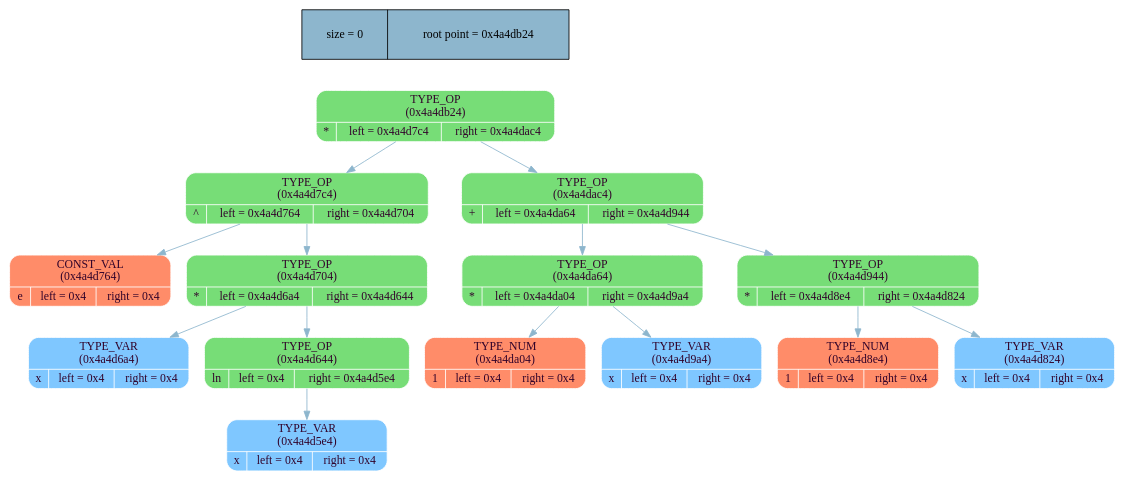
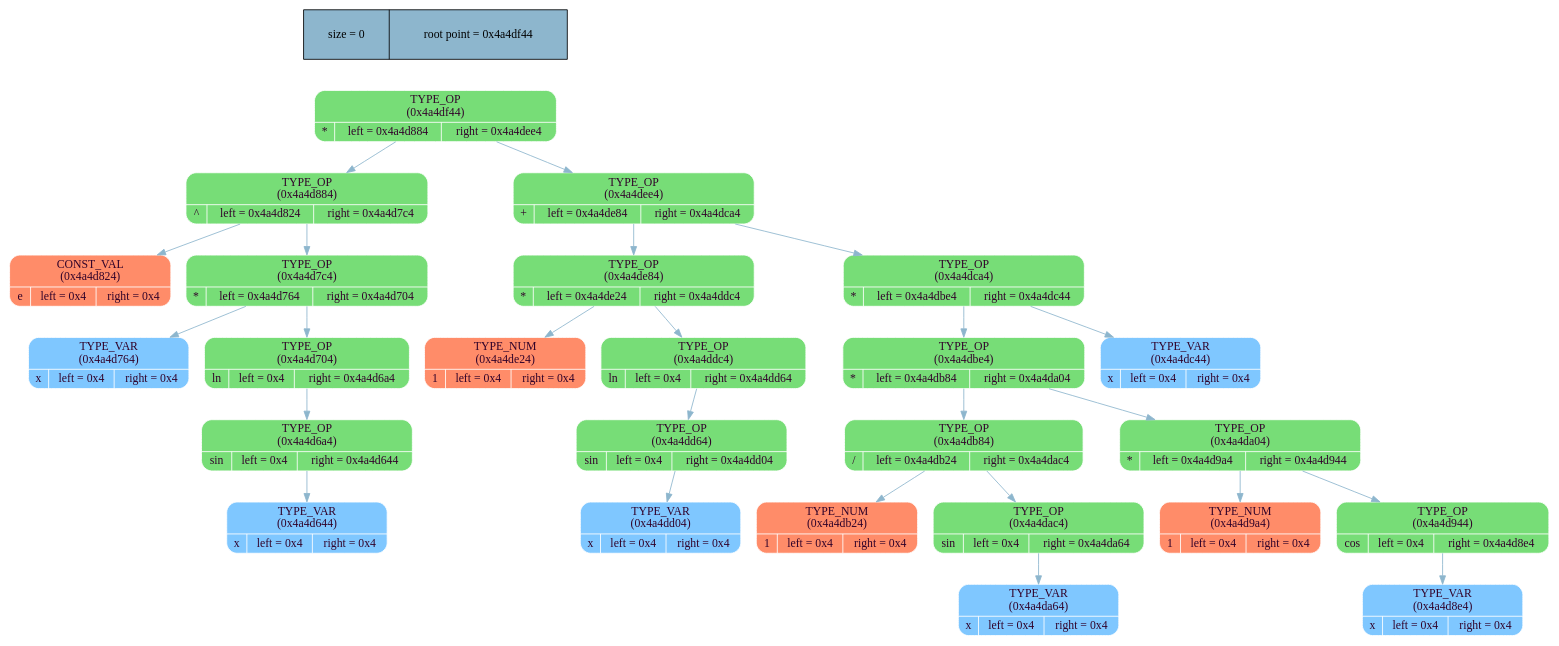
The diagram in dump_info/tree_dump.dot (MaxGroshev/differentiator), drawn with Graphviz before and after one commit. The commit also changed 8 other files, not shown here.

```diff
--- a/dump_info/tree_dump.dot
+++ b/dump_info/tree_dump.dot
@@ -1,36 +1,58 @@
 digraph   
 {
 rankdir = ""
 splines = "true"
 
-node_stat [margin = "0.3*0.3", style = "filled", shape = "record", fillcolor = "#8DB6CD" label = " size = 0 | root point = 0x4a4db24"]
+node_stat [margin = "0.3*0.3", style = "filled", shape = "record", fillcolor = "#8DB6CD" label = " size = 0 | root point = 0x4a4df44"]
 {rank = source; node_stat}
 
-node0x4a4db24 [shape = "Mrecord", fillcolor = "#77DD77", style = "filled", fontcolor = "#31032A", fontname = "Calibri", color = "white", label = "{TYPE_OP\n (0x4a4db24)| {* |left = 0x4a4d7c4 |right = 0x4a4dac4}}"]
-node0x4a4db24 -> node0x4a4d7c4 [color = "#8DB6CD", style = "", constraint = true, fillcolor = "#8DB6CD",   fontcolor = "", fontname = "Calibri", label = ""];
-node0x4a4d7c4 [shape = "Mrecord", fillcolor = "#77DD77", style = "filled", fontcolor = "#31032A", fontname = "Calibri", color = "white", label = "{TYPE_OP\n (0x4a4d7c4)| {^ |left = 0x4a4d764 |right = 0x4a4d704}}"]
+node0x4a4df44 [shape = "Mrecord", fillcolor = "#77DD77", style = "filled", fontcolor = "#31032A", fontname = "Calibri", color = "white", label = "{TYPE_OP\n (0x4a4df44)| {* |left = 0x4a4d884 |right = 0x4a4dee4}}"]
+node0x4a4df44 -> node0x4a4d884 [color = "#8DB6CD", style = "", constraint = true, fillcolor = "#8DB6CD",   fontcolor = "", fontname = "Calibri", label = ""];
+node0x4a4d884 [shape = "Mrecord", fillcolor = "#77DD77", style = "filled", fontcolor = "#31032A", fontname = "Calibri", color = "white", label = "{TYPE_OP\n (0x4a4d884)| {^ |left = 0x4a4d824 |right = 0x4a4d7c4}}"]
+node0x4a4d884 -> node0x4a4d824 [color = "#8DB6CD", style = "", constraint = true, fillcolor = "#8DB6CD",   fontcolor = "", fontname = "Calibri", label = ""];
+node0x4a4d824 [shape = "Mrecord", fillcolor = "#FF8C69", style = "filled", fontcolor = "#31032A", fontname = "Calibri", color = "white", label = "{CONST_VAL\n (0x4a4d824)| {e |left = 0x4 |right = 0x4}}"]
+node0x4a4d884 -> node0x4a4d7c4 [color = "#8DB6CD", style = "", constraint = true, fillcolor = "#8DB6CD",   fontcolor = "", fontname = "Calibri", label = ""];
+node0x4a4d7c4 [shape = "Mrecord", fillcolor = "#77DD77", style = "filled", fontcolor = "#31032A", fontname = "Calibri", color = "white", label = "{TYPE_OP\n (0x4a4d7c4)| {* |left = 0x4a4d764 |right = 0x4a4d704}}"]
 node0x4a4d7c4 -> node0x4a4d764 [color = "#8DB6CD", style = "", constraint = true, fillcolor = "#8DB6CD",   fontcolor = "", fontname = "Calibri", label = ""];
-node0x4a4d764 [shape = "Mrecord", fillcolor = "#FF8C69", style = "filled", fontcolor = "#31032A", fontname = "Calibri", color = "white", label = "{CONST_VAL\n (0x4a4d764)| {e |left = 0x4 |right = 0x4}}"]
+node0x4a4d764 [shape = "Mrecord", fillcolor = "#7FC7FF", style = "filled", fontcolor = "#31032A", fontname = "Calibri", color = "white", label = "{TYPE_VAR\n (0x4a4d764)| {x |left = 0x4 |right = 0x4}}"]
 node0x4a4d7c4 -> node0x4a4d704 [color = "#8DB6CD", style = "", constraint = true, fillcolor = "#8DB6CD",   fontcolor = "", fontname = "Calibri", label = ""];
-node0x4a4d704 [shape = "Mrecord", fillcolor = "#77DD77", style = "filled", fontcolor = "#31032A", fontname = "Calibri", color = "white", label = "{TYPE_OP\n (0x4a4d704)| {* |left = 0x4a4d6a4 |right = 0x4a4d644}}"]
+node0x4a4d704 [shape = "Mrecord", fillcolor = "#77DD77", style = "filled", fontcolor = "#31032A", fontname = "Calibri", color = "white", label = "{TYPE_OP\n (0x4a4d704)| {ln |left = 0x4 |right = 0x4a4d6a4}}"]
 node0x4a4d704 -> node0x4a4d6a4 [color = "#8DB6CD", style = "", constraint = true, fillcolor = "#8DB6CD",   fontcolor = "", fontname = "Calibri", label = ""];
-node0x4a4d6a4 [shape = "Mrecord", fillcolor = "#7FC7FF", style = "filled", fontcolor = "#31032A", fontname = "Calibri", color = "white", label = "{TYPE_VAR\n (0x4a4d6a4)| {x |left = 0x4 |right = 0x4}}"]
-node0x4a4d704 -> node0x4a4d644 [color = "#8DB6CD", style = "", constraint = true, fillcolor = "#8DB6CD",   fontcolor = "", fontname = "Calibri", label = ""];
-node0x4a4d644 [shape = "Mrecord", fillcolor = "#77DD77", style = "filled", fontcolor = "#31032A", fontname = "Calibri", color = "white", label = "{TYPE_OP\n (0x4a4d644)| {ln |left = 0x4 |right = 0x4a4d5e4}}"]
-node0x4a4d644 -> node0x4a4d5e4 [color = "#8DB6CD", style = "", constraint = true, fillcolor = "#8DB6CD",   fontcolor = "", fontname = "Calibri", label = ""];
-node0x4a4d5e4 [shape = "Mrecord", fillcolor = "#7FC7FF", style = "filled", fontcolor = "#31032A", fontname = "Calibri", color = "white", label = "{TYPE_VAR\n (0x4a4d5e4)| {x |left = 0x4 |right = 0x4}}"]
-node0x4a4db24 -> node0x4a4dac4 [color = "#8DB6CD", style = "", constraint = true, fillcolor = "#8DB6CD",   fontcolor = "", fontname = "Calibri", label = ""];
-node0x4a4dac4 [shape = "Mrecord", fillcolor = "#77DD77", style = "filled", fontcolor = "#31032A", fontname = "Calibri", color = "white", label = "{TYPE_OP\n (0x4a4dac4)| {+ |left = 0x4a4da64 |right = 0x4a4d944}}"]
+node0x4a4d6a4 [shape = "Mrecord", fillcolor = "#77DD77", style = "filled", fontcolor = "#31032A", fontname = "Calibri", color = "white", label = "{TYPE_OP\n (0x4a4d6a4)| {sin |left = 0x4 |right = 0x4a4d644}}"]
+node0x4a4d6a4 -> node0x4a4d644 [color = "#8DB6CD", style = "", constraint = true, fillcolor = "#8DB6CD",   fontcolor = "", fontname = "Calibri", label = ""];
+node0x4a4d644 [shape = "Mrecord", fillcolor = "#7FC7FF", style = "filled", fontcolor = "#31032A", fontname = "Calibri", color = "white", label = "{TYPE_VAR\n (0x4a4d644)| {x |left = 0x4 |right = 0x4}}"]
+node0x4a4df44 -> node0x4a4dee4 [color = "#8DB6CD", style = "", constraint = true, fillcolor = "#8DB6CD",   fontcolor = "", fontname = "Calibri", label = ""];
+node0x4a4dee4 [shape = "Mrecord", fillcolor = "#77DD77", style = "filled", fontcolor = "#31032A", fontname = "Calibri", color = "white", label = "{TYPE_OP\n (0x4a4dee4)| {+ |left = 0x4a4de84 |right = 0x4a4dca4}}"]
+node0x4a4dee4 -> node0x4a4de84 [color = "#8DB6CD", style = "", constraint = true, fillcolor = "#8DB6CD",   fontcolor = "", fontname = "Calibri", label = ""];
+node0x4a4de84 [shape = "Mrecord", fillcolor = "#77DD77", style = "filled", fontcolor = "#31032A", fontname = "Calibri", color = "white", label = "{TYPE_OP\n (0x4a4de84)| {* |left = 0x4a4de24 |right = 0x4a4ddc4}}"]
+node0x4a4de84 -> node0x4a4de24 [color = "#8DB6CD", style = "", constraint = true, fillcolor = "#8DB6CD",   fontcolor = "", fontname = "Calibri", label = ""];
+node0x4a4de24 [shape = "Mrecord", fillcolor = "#FF8C69", style = "filled", fontcolor = "#31032A", fontname = "Calibri", color = "white", label = "{TYPE_NUM\n (0x4a4de24)| {1 |left = 0x4 |right = 0x4}}"]
+node0x4a4de84 -> node0x4a4ddc4 [color = "#8DB6CD", style = "", constraint = true, fillcolor = "#8DB6CD",   fontcolor = "", fontname = "Calibri", label = ""];
+node0x4a4ddc4 [shape = "Mrecord", fillcolor = "#77DD77", style = "filled", fontcolor = "#31032A", fontname = "Calibri", color = "white", label = "{TYPE_OP\n (0x4a4ddc4)| {ln |left = 0x4 |right = 0x4a4dd64}}"]
+node0x4a4ddc4 -> node0x4a4dd64 [color = "#8DB6CD", style = "", constraint = true, fillcolor = "#8DB6CD",   fontcolor = "", fontname = "Calibri", label = ""];
+node0x4a4dd64 [shape = "Mrecord", fillcolor = "#77DD77", style = "filled", fontcolor = "#31032A", fontname = "Calibri", color = "white", label = "{TYPE_OP\n (0x4a4dd64)| {sin |left = 0x4 |right = 0x4a4dd04}}"]
+node0x4a4dd64 -> node0x4a4dd04 [color = "#8DB6CD", style = "", constraint = true, fillcolor = "#8DB6CD",   fontcolor = "", fontname = "Calibri", label = ""];
+node0x4a4dd04 [shape = "Mrecord", fillcolor = "#7FC7FF", style = "filled", fontcolor = "#31032A", fontname = "Calibri", color = "white", label = "{TYPE_VAR\n (0x4a4dd04)| {x |left = 0x4 |right = 0x4}}"]
+node0x4a4dee4 -> node0x4a4dca4 [color = "#8DB6CD", style = "", constraint = true, fillcolor = "#8DB6CD",   fontcolor = "", fontname = "Calibri", label = ""];
+node0x4a4dca4 [shape = "Mrecord", fillcolor = "#77DD77", style = "filled", fontcolor = "#31032A", fontname = "Calibri", color = "white", label = "{TYPE_OP\n (0x4a4dca4)| {* |left = 0x4a4dbe4 |right = 0x4a4dc44}}"]
+node0x4a4dca4 -> node0x4a4dbe4 [color = "#8DB6CD", style = "", constraint = true, fillcolor = "#8DB6CD",   fontcolor = "", fontname = "Calibri", label = ""];
+node0x4a4dbe4 [shape = "Mrecord", fillcolor = "#77DD77", style = "filled", fontcolor = "#31032A", fontname = "Calibri", color = "white", label = "{TYPE_OP\n (0x4a4dbe4)| {* |left = 0x4a4db84 |right = 0x4a4da04}}"]
+node0x4a4dbe4 -> node0x4a4db84 [color = "#8DB6CD", style = "", constraint = true, fillcolor = "#8DB6CD",   fontcolor = "", fontname = "Calibri", label = ""];
+node0x4a4db84 [shape = "Mrecord", fillcolor = "#77DD77", style = "filled", fontcolor = "#31032A", fontname = "Calibri", color = "white", label = "{TYPE_OP\n (0x4a4db84)| {/ |left = 0x4a4db24 |right = 0x4a4dac4}}"]
+node0x4a4db84 -> node0x4a4db24 [color = "#8DB6CD", style = "", constraint = true, fillcolor = "#8DB6CD",   fontcolor = "", fontname = "Calibri", label = ""];
+node0x4a4db24 [shape = "Mrecord", fillcolor = "#FF8C69", style = "filled", fontcolor = "#31032A", fontname = "Calibri", color = "white", label = "{TYPE_NUM\n (0x4a4db24)| {1 |left = 0x4 |right = 0x4}}"]
+node0x4a4db84 -> node0x4a4dac4 [color = "#8DB6CD", style = "", constraint = true, fillcolor = "#8DB6CD",   fontcolor = "", fontname = "Calibri", label = ""];
+node0x4a4dac4 [shape = "Mrecord", fillcolor = "#77DD77", style = "filled", fontcolor = "#31032A", fontname = "Calibri", color = "white", label = "{TYPE_OP\n (0x4a4dac4)| {sin |left = 0x4 |right = 0x4a4da64}}"]
 node0x4a4dac4 -> node0x4a4da64 [color = "#8DB6CD", style = "", constraint = true, fillcolor = "#8DB6CD",   fontcolor = "", fontname = "Calibri", label = ""];
-node0x4a4da64 [shape = "Mrecord", fillcolor = "#77DD77", style = "filled", fontcolor = "#31032A", fontname = "Calibri", color = "white", label = "{TYPE_OP\n (0x4a4da64)| {* |left = 0x4a4da04 |right = 0x4a4d9a4}}"]
-node0x4a4da64 -> node0x4a4da04 [color = "#8DB6CD", style = "", constraint = true, fillcolor = "#8DB6CD",   fontcolor = "", fontname = "Calibri", label = ""];
-node0x4a4da04 [shape = "Mrecord", fillcolor = "#FF8C69", style = "filled", fontcolor = "#31032A", fontname = "Calibri", color = "white", label = "{TYPE_NUM\n (0x4a4da04)| {1 |left = 0x4 |right = 0x4}}"]
-node0x4a4da64 -> node0x4a4d9a4 [color = "#8DB6CD", style = "", constraint = true, fillcolor = "#8DB6CD",   fontcolor = "", fontname = "Calibri", label = ""];
-node0x4a4d9a4 [shape = "Mrecord", fillcolor = "#7FC7FF", style = "filled", fontcolor = "#31032A", fontname = "Calibri", color = "white", label = "{TYPE_VAR\n (0x4a4d9a4)| {x |left = 0x4 |right = 0x4}}"]
-node0x4a4dac4 -> node0x4a4d944 [color = "#8DB6CD", style = "", constraint = true, fillcolor = "#8DB6CD",   fontcolor = "", fontname = "Calibri", label = ""];
-node0x4a4d944 [shape = "Mrecord", fillcolor = "#77DD77", style = "filled", fontcolor = "#31032A", fontname = "Calibri", color = "white", label = "{TYPE_OP\n (0x4a4d944)| {* |left = 0x4a4d8e4 |right = 0x4a4d824}}"]
+node0x4a4da64 [shape = "Mrecord", fillcolor = "#7FC7FF", style = "filled", fontcolor = "#31032A", fontname = "Calibri", color = "white", label = "{TYPE_VAR\n (0x4a4da64)| {x |left = 0x4 |right = 0x4}}"]
+node0x4a4dbe4 -> node0x4a4da04 [color = "#8DB6CD", style = "", constraint = true, fillcolor = "#8DB6CD",   fontcolor = "", fontname = "Calibri", label = ""];
+node0x4a4da04 [shape = "Mrecord", fillcolor = "#77DD77", style = "filled", fontcolor = "#31032A", fontname = "Calibri", color = "white", label = "{TYPE_OP\n (0x4a4da04)| {* |left = 0x4a4d9a4 |right = 0x4a4d944}}"]
+node0x4a4da04 -> node0x4a4d9a4 [color = "#8DB6CD", style = "", constraint = true, fillcolor = "#8DB6CD",   fontcolor = "", fontname = "Calibri", label = ""];
+node0x4a4d9a4 [shape = "Mrecord", fillcolor = "#FF8C69", style = "filled", fontcolor = "#31032A", fontname = "Calibri", color = "white", label = "{TYPE_NUM\n (0x4a4d9a4)| {1 |left = 0x4 |right = 0x4}}"]
+node0x4a4da04 -> node0x4a4d944 [color = "#8DB6CD", style = "", constraint = true, fillcolor = "#8DB6CD",   fontcolor = "", fontname = "Calibri", label = ""];
+node0x4a4d944 [shape = "Mrecord", fillcolor = "#77DD77", style = "filled", fontcolor = "#31032A", fontname = "Calibri", color = "white", label = "{TYPE_OP\n (0x4a4d944)| {cos |left = 0x4 |right = 0x4a4d8e4}}"]
 node0x4a4d944 -> node0x4a4d8e4 [color = "#8DB6CD", style = "", constraint = true, fillcolor = "#8DB6CD",   fontcolor = "", fontname = "Calibri", label = ""];
-node0x4a4d8e4 [shape = "Mrecord", fillcolor = "#FF8C69", style = "filled", fontcolor = "#31032A", fontname = "Calibri", color = "white", label = "{TYPE_NUM\n (0x4a4d8e4)| {1 |left = 0x4 |right = 0x4}}"]
-node0x4a4d944 -> node0x4a4d824 [color = "#8DB6CD", style = "", constraint = true, fillcolor = "#8DB6CD",   fontcolor = "", fontname = "Calibri", label = ""];
-node0x4a4d824 [shape = "Mrecord", fillcolor = "#7FC7FF", style = "filled", fontcolor = "#31032A", fontname = "Calibri", color = "white", label = "{TYPE_VAR\n (0x4a4d824)| {x |left = 0x4 |right = 0x4}}"]
+node0x4a4d8e4 [shape = "Mrecord", fillcolor = "#7FC7FF", style = "filled", fontcolor = "#31032A", fontname = "Calibri", color = "white", label = "{TYPE_VAR\n (0x4a4d8e4)| {x |left = 0x4 |right = 0x4}}"]
+node0x4a4dca4 -> node0x4a4dc44 [color = "#8DB6CD", style = "", constraint = true, fillcolor = "#8DB6CD",   fontcolor = "", fontname = "Calibri", label = ""];
+node0x4a4dc44 [shape = "Mrecord", fillcolor = "#7FC7FF", style = "filled", fontcolor = "#31032A", fontname = "Calibri", color = "white", label = "{TYPE_VAR\n (0x4a4dc44)| {x |left = 0x4 |right = 0x4}}"]
 }
```
